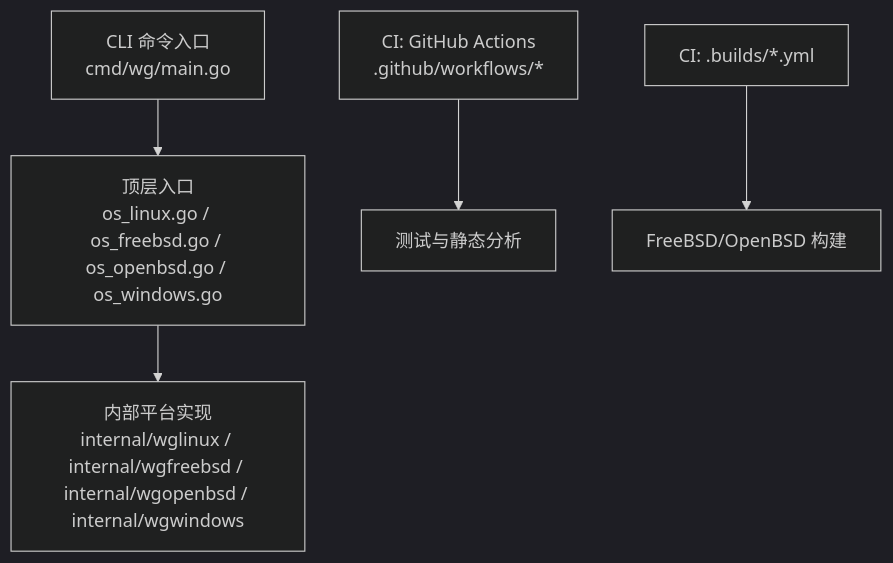
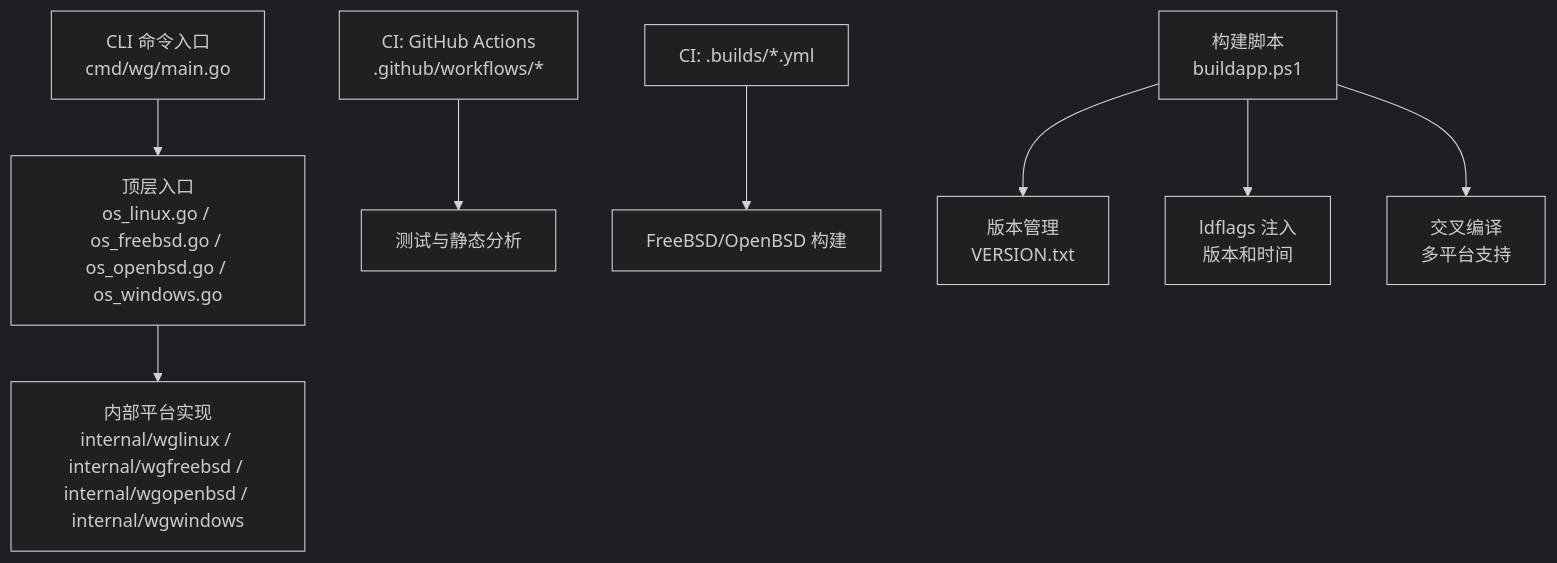
Before and after one commit to tea4go/wgctrl-go: the first of 4 diagrams in .qoder/repowiki/zh/content/开发者指南/构建系统.md, drawn with Mermaid (dark theme). The commit also changed other lines of this file and 11 other files, not shown here.

````diff
--- a/.qoder/repowiki/zh/content/开发者指南/构建系统.md
+++ b/.qoder/repowiki/zh/content/开发者指南/构建系统.md
@@ -58,7 +72,10 @@
 ```mermaid
 graph TB
 A["顶层入口<br/>os_linux.go / os_freebsd.go / os_openbsd.go / os_windows.go"] --> B["内部平台实现<br/>internal/wglinux / internal/wgfreebsd / internal/wgopenbsd / internal/wgwindows"]
 C["CLI 命令入口<br/>cmd/wg/main.go"] --> A
 D["CI: GitHub Actions<br/>.github/workflows/*"] --> E["测试与静态分析"]
 F["CI: .builds/*.yml"] --> G["FreeBSD/OpenBSD 构建"]
+H["构建脚本<br/>buildapp.ps1"] --> I["版本管理<br/>VERSION.txt"]
+H --> J["ldflags 注入<br/>版本和时间"]
+H --> K["交叉编译<br/>多平台支持"]
 ```
````
